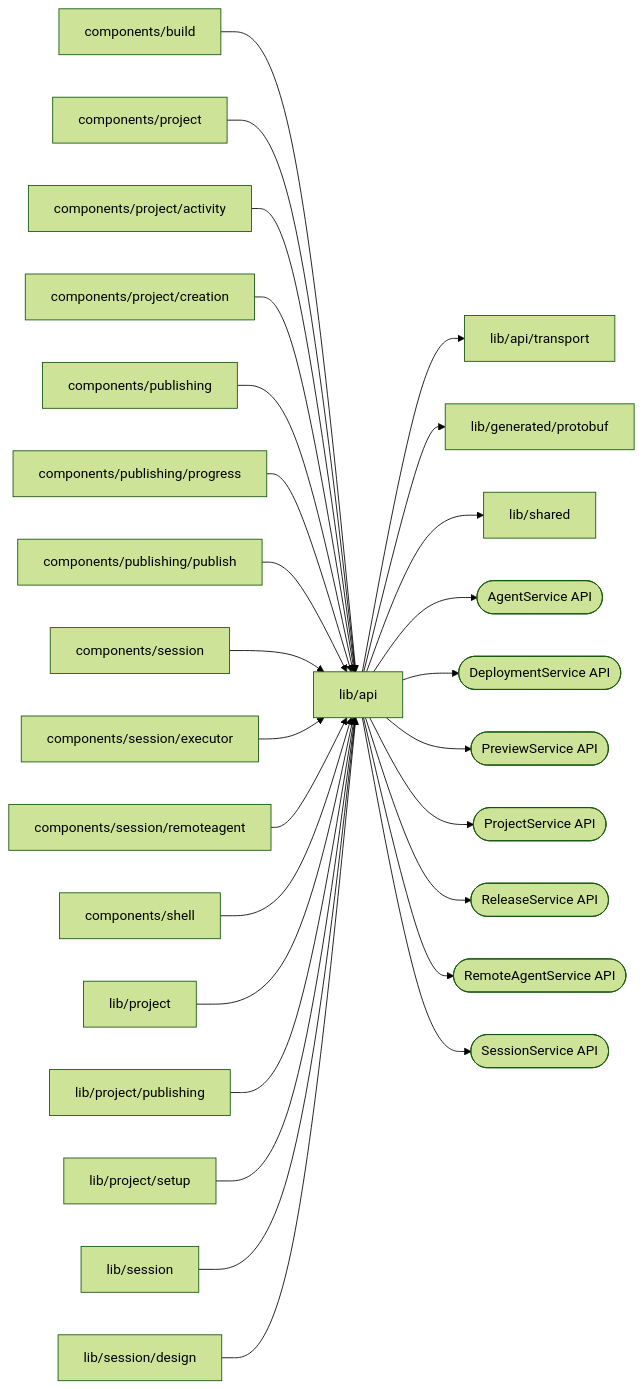
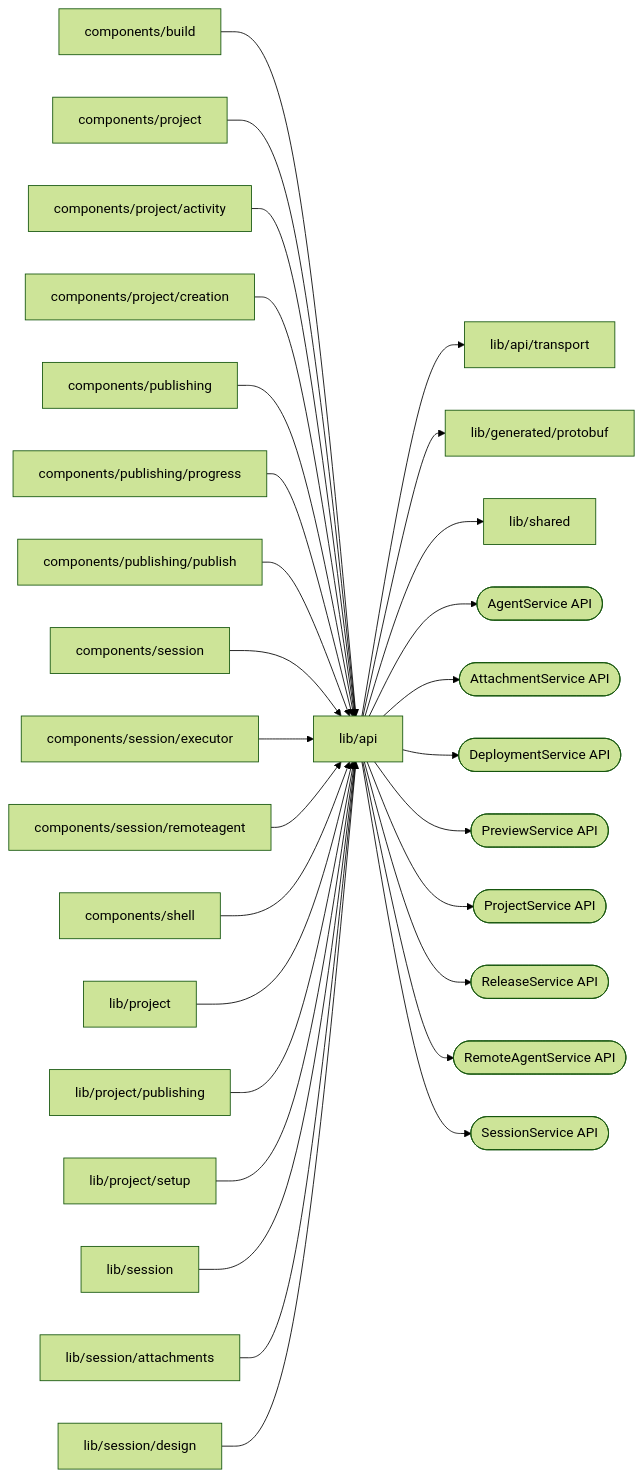
One commit to superdurable/superverse changed the diagram in web/studio/lib/api/README.md. Above: the diagram before and after it, drawn with Mermaid (forest theme). The commit also changed other lines of this file and 259 other files, not shown here.

````diff
--- a/web/studio/lib/api/README.md
+++ b/web/studio/lib/api/README.md
@@ -10,30 +10,32 @@
 ```mermaid
 flowchart LR
   self["lib/api"]
   c0["components/build"] --> self
   c1["components/project"] --> self
   c2["components/project/activity"] --> self
   c3["components/project/creation"] --> self
   c4["components/publishing"] --> self
   c5["components/publishing/progress"] --> self
   c6["components/publishing/publish"] --> self
   c7["components/session"] --> self
   c8["components/session/executor"] --> self
   c9["components/session/remoteagent"] --> self
   c10["components/shell"] --> self
   c11["lib/project"] --> self
   c12["lib/project/publishing"] --> self
   c13["lib/project/setup"] --> self
   c14["lib/session"] --> self
-  c15["lib/session/design"] --> self
+  c15["lib/session/attachments"] --> self
+  c16["lib/session/design"] --> self
   self --> d0["lib/api/transport"]
   self --> d1["lib/generated/protobuf"]
   self --> d2["lib/shared"]
   self --> e0(["AgentService API"])
-  self --> e1(["DeploymentService API"])
-  self --> e2(["PreviewService API"])
-  self --> e3(["ProjectService API"])
-  self --> e4(["ReleaseService API"])
-  self --> e5(["RemoteAgentService API"])
-  self --> e6(["SessionService API"])
+  self --> e1(["AttachmentService API"])
+  self --> e2(["DeploymentService API"])
+  self --> e3(["PreviewService API"])
+  self --> e4(["ProjectService API"])
+  self --> e5(["ReleaseService API"])
+  self --> e6(["RemoteAgentService API"])
+  self --> e7(["SessionService API"])
 ```
````
